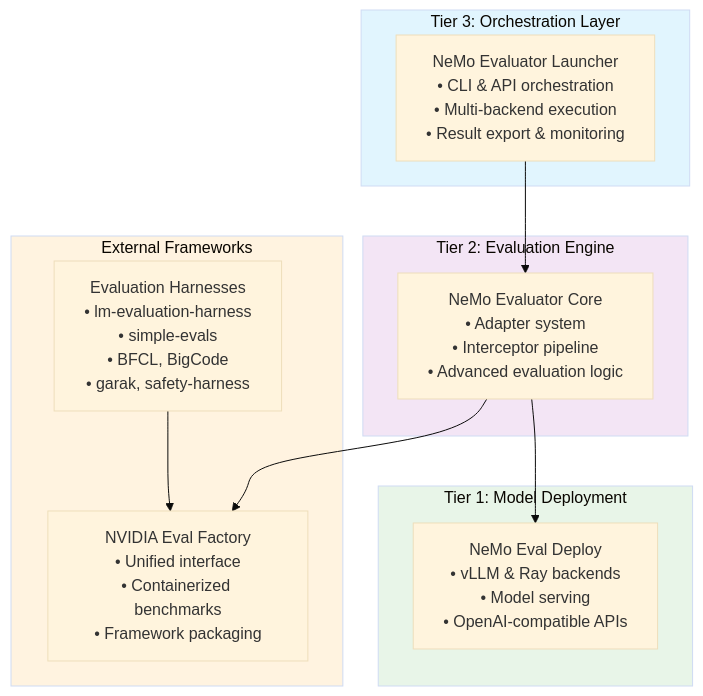
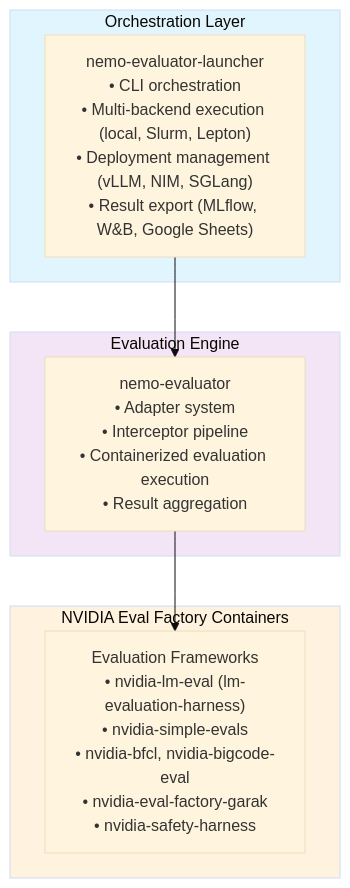
The first of 2 diagrams in docs/about/concepts/architecture.md (NVIDIA-NeMo/Evaluator), drawn with Mermaid (base theme) before and after one commit. The commit also changed other lines of this file and 29 other files, not shown here.

````diff
--- a/docs/about/concepts/architecture.md
+++ b/docs/about/concepts/architecture.md
@@ -5,30 +5,21 @@
 ```{mermaid}
 graph TB
-    subgraph Tier3[" Tier 3: Orchestration Layer"]
-        Launcher["NeMo Evaluator Launcher<br/>• CLI & API orchestration<br/>• Multi-backend execution<br/>• Result export & monitoring"]
+    subgraph Tier2[" Orchestration Layer"]
+        Launcher["nemo-evaluator-launcher<br/>• CLI orchestration<br/>• Multi-backend execution (local, Slurm, Lepton)<br/>• Deployment management (vLLM, NIM, SGLang)<br/>• Result export (MLflow, W&B, Google Sheets)"]
     end
     
-    subgraph Tier2[" Tier 2: Evaluation Engine"]
-        Evaluator["NeMo Evaluator Core<br/>• Adapter system<br/>• Interceptor pipeline<br/>• Advanced evaluation logic"]
+    subgraph Tier1[" Evaluation Engine"]
+        Evaluator["nemo-evaluator<br/>• Adapter system<br/>• Interceptor pipeline<br/>• Containerized evaluation execution<br/>• Result aggregation"]
     end
     
-    subgraph Tier1[" Tier 1: Model Deployment"]
-        Deploy["NeMo Eval Deploy<br/>• vLLM & Ray backends<br/>• Model serving<br/>• OpenAI-compatible APIs"]
-    end
-    
-    subgraph External["External Frameworks"]
-        EvalHarnesses["Evaluation Harnesses<br/>• lm-evaluation-harness<br/>• simple-evals<br/>• BFCL, BigCode<br/>• garak, safety-harness"]
-        
-        EvalFactory["NVIDIA Eval Factory<br/>• Unified interface<br/>• Containerized benchmarks<br/>• Framework packaging"]
+    subgraph External["NVIDIA Eval Factory Containers"]
+        Containers["Evaluation Frameworks<br/>• nvidia-lm-eval (lm-evaluation-harness)<br/>• nvidia-simple-evals<br/>• nvidia-bfcl, nvidia-bigcode-eval<br/>• nvidia-eval-factory-garak<br/>• nvidia-safety-harness"]
     end
     
     Launcher --> Evaluator
-    Evaluator --> Deploy
-    Evaluator --> EvalFactory
-    EvalHarnesses --> EvalFactory
+    Evaluator --> Containers
     
-    style Tier3 fill:#e1f5fe
-    style Tier2 fill:#f3e5f5  
-    style Tier1 fill:#e8f5e8
+    style Tier2 fill:#e1f5fe
+    style Tier1 fill:#f3e5f5
     style External fill:#fff3e0
 ```
````
